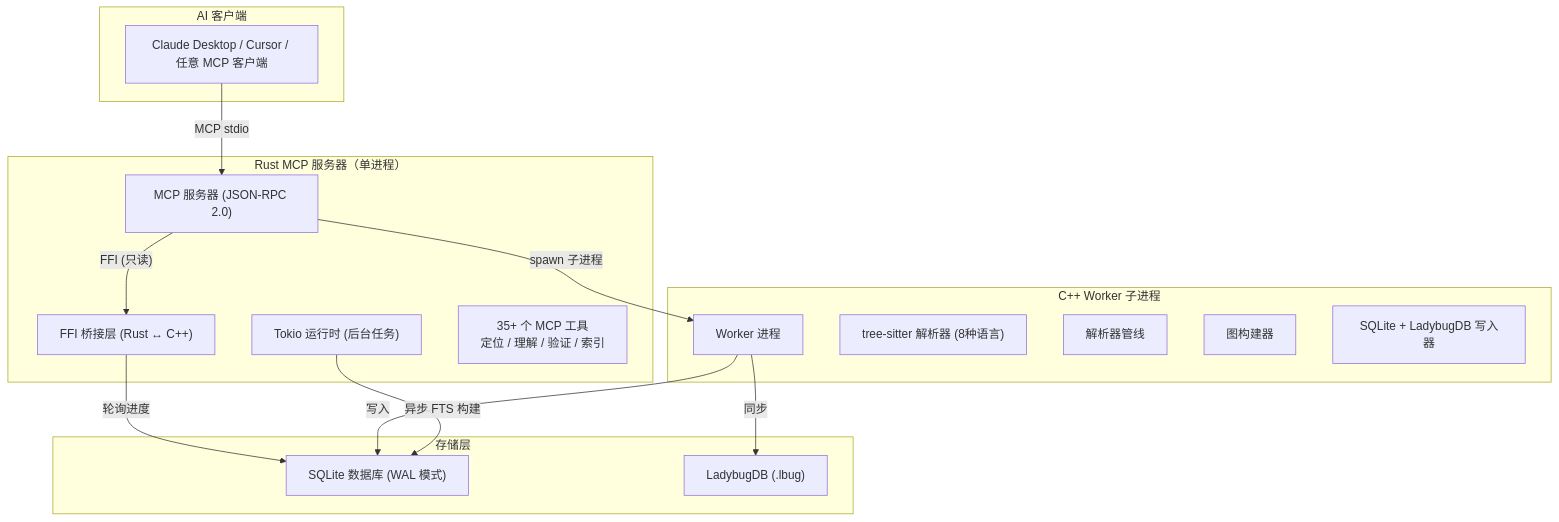
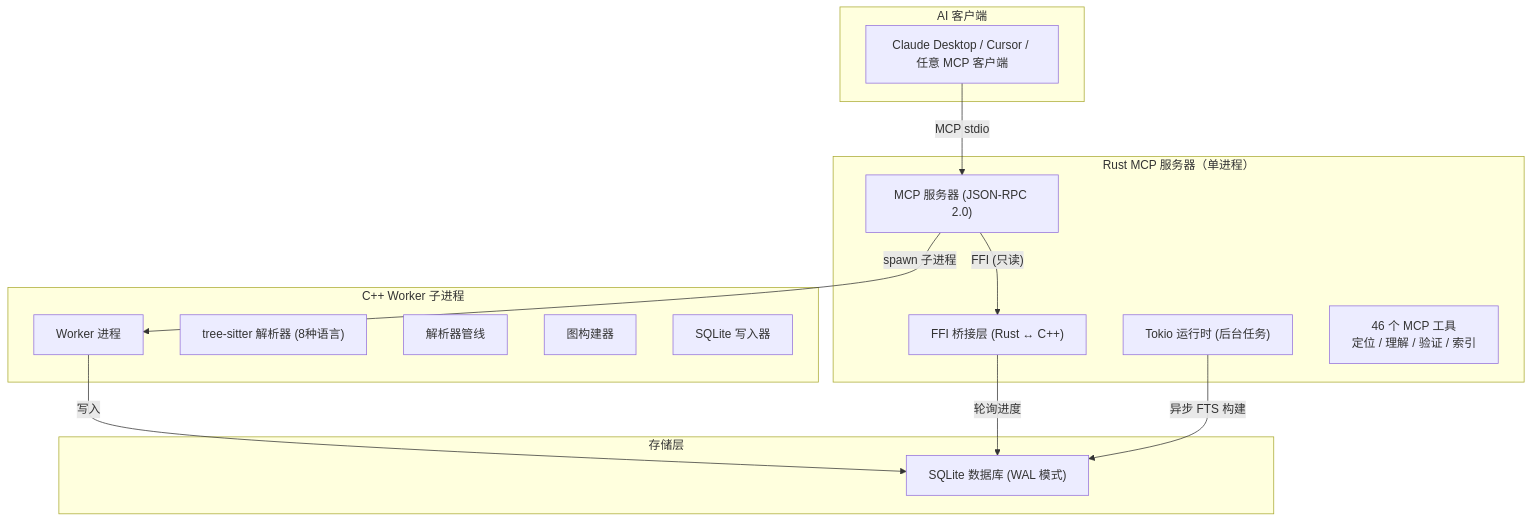
One commit to Timwood0x10/CodeScope changed the first of 11 diagrams in docs/zh/technical_breakdown.md. Above: the diagram before and after it, drawn with Mermaid. The commit also changed other lines of this file and 37 other files, not shown here.

````diff
--- a/docs/zh/technical_breakdown.md
+++ b/docs/zh/technical_breakdown.md
@@ -29,34 +29,32 @@
 ```mermaid
 flowchart TB
     subgraph "AI 客户端"
         Client["Claude Desktop / Cursor / 任意 MCP 客户端"]
     end
 
     subgraph "Rust MCP 服务器（单进程）"
         MCPServer["MCP 服务器 (JSON-RPC 2.0)"]
         FFIBridge["FFI 桥接层 (Rust ↔ C++)"]
         TokioRT["Tokio 运行时 (后台任务)"]
-        Tools["35+ 个 MCP 工具<br/>定位 / 理解 / 验证 / 索引"]
+        Tools["46 个 MCP 工具<br/>定位 / 理解 / 验证 / 索引"]
     end
 
     subgraph "C++ Worker 子进程"
         Worker["Worker 进程"]
         Parser["tree-sitter 解析器 (8种语言)"]
         Resolver["解析器管线"]
         GraphBuilder["图构建器"]
-        Store["SQLite + LadybugDB 写入器"]
+        Store["SQLite 写入器"]
     end
 
     subgraph "存储层"
         SQLite["SQLite 数据库 (WAL 模式)"]
-        Ladybug["LadybugDB (.lbug)"]
     end
 
     Client -->|"MCP stdio"| MCPServer
     MCPServer -->|"spawn 子进程"| Worker
     MCPServer -->|"FFI (只读)"| FFIBridge
     FFIBridge -->|"轮询进度"| SQLite
     Worker -->|"写入"| SQLite
-    Worker -->|"同步"| Ladybug
     TokioRT -->|"异步 FTS 构建"| SQLite
 ```
````
